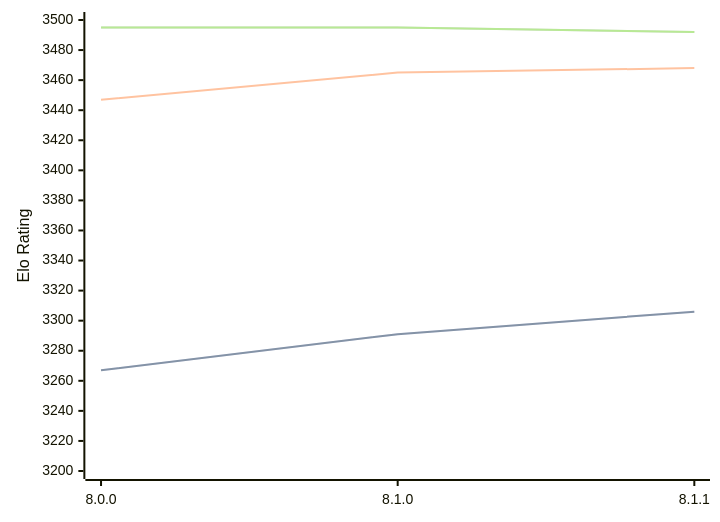
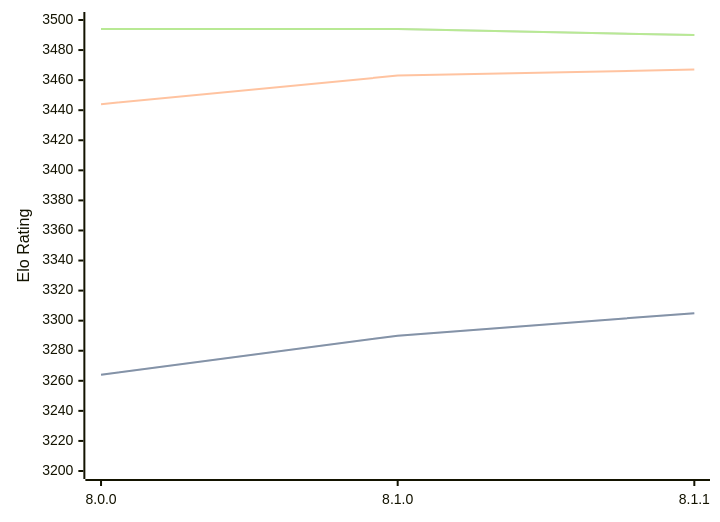
Before and after one commit to computer-chess-index/cci: the diagram in engines/Velvet.md, drawn with Mermaid. The commit also changed other lines of this file, not shown here.

Commit message:
Update CCI Ratings (ELO VLTC) - 2026-03-31

````diff
--- a/engines/Velvet.md
+++ b/engines/Velvet.md
@@ -57,11 +57,11 @@
 ```mermaid
 %%{init: {"theme":"base","themeVariables":{"seriesColors:['#a3a3a3','#222221','#faa371']}}}%%
 xychart-beta
   x-axis ["8.0.0", "8.1.0", "8.1.1"]
   y-axis "Elo Rating" 3200 --> 3500
-  line "STC (8.0+0.08s)" [3267, 3291, 3306]
-  line "STC (8.0+0.08s)" [3267, 3291, 3306]
-  line "LTC (60.0+0.60s)" [3447, 3465, 3468]
-  line "VLTC (2m24s+1.12s)" [3495, 3495, 3492]
-  line "VLTC (2m24s+1.12s)" [3495, 3495, 3492]
+  line "STC (8.0+0.08s)" [3264, 3290, 3305]
+  line "STC (8.0+0.08s)" [3264, 3290, 3305]
+  line "LTC (60.0+0.60s)" [3444, 3463, 3467]
+  line "VLTC (2m24s+1.12s)" [3494, 3494, 3490]
+  line "VLTC (2m24s+1.12s)" [3494, 3494, 3490]
 ```
````
